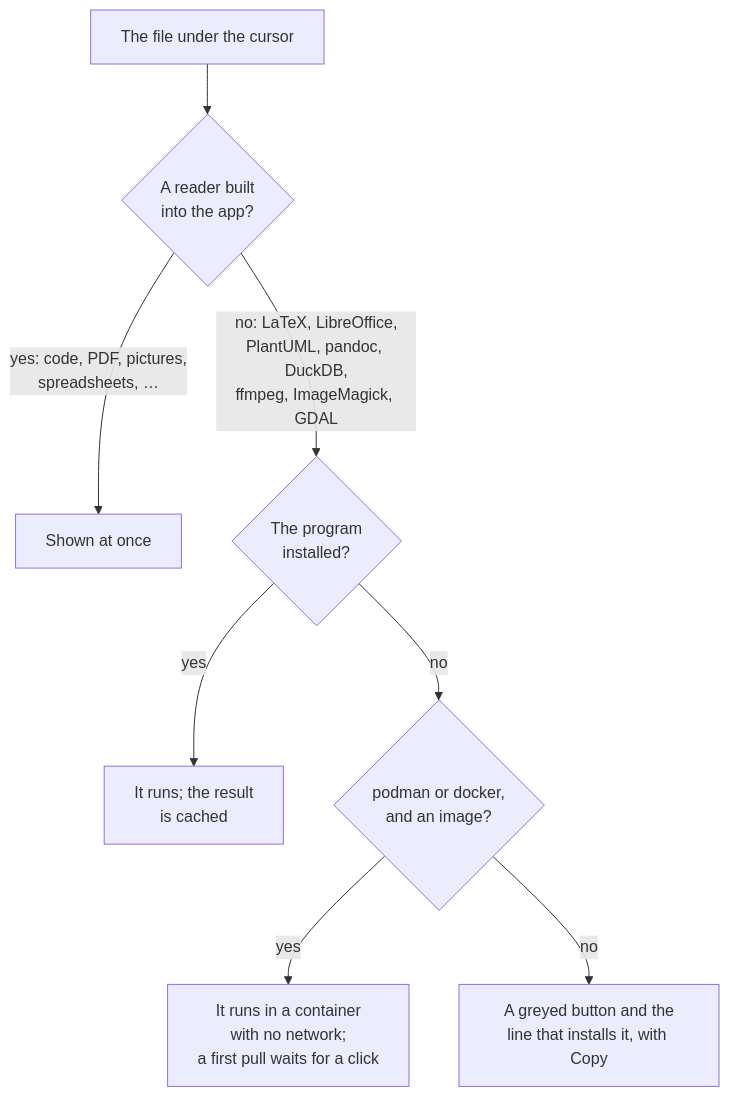
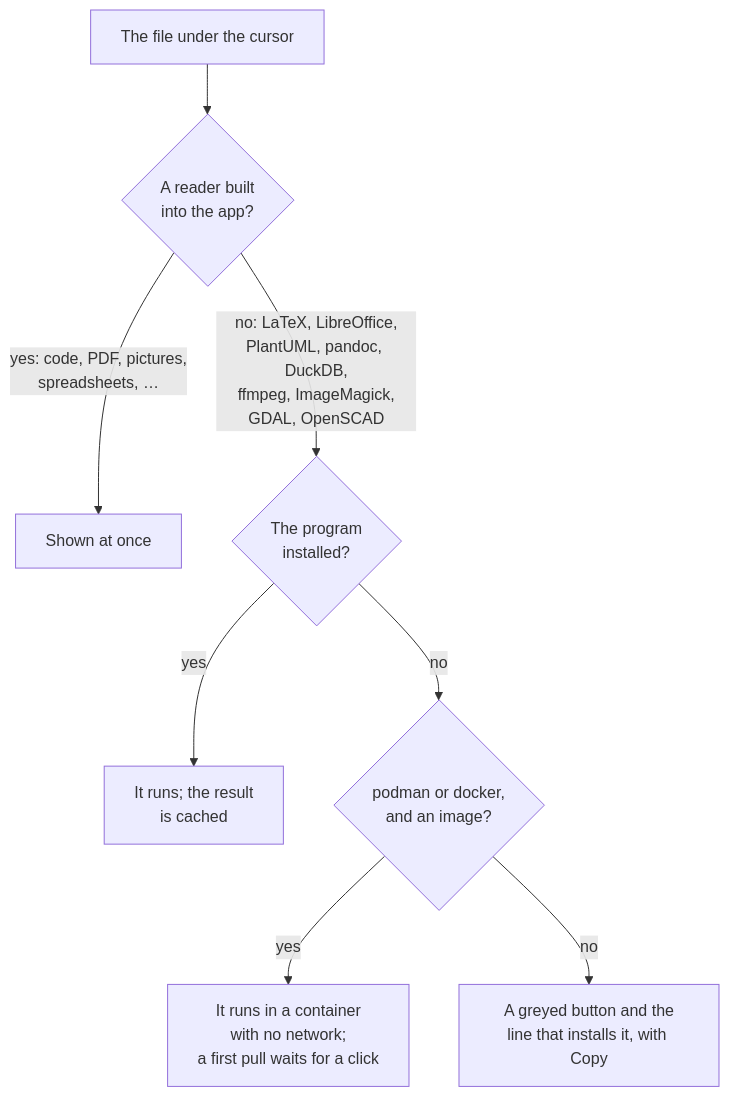
The diagram in docs/previews/README.md (mwo-dk/coxswain), drawn with Mermaid before and after one commit. The commit also changed other lines of this file and 69 other files, not shown here.

Commit message:
OpenSCAD models: a picture of the part in the preview and thumbnails, drawn from OpenSCAD's STL, and Export 3D model as STL or 3MF, by OpenSCAD installed or in its pinned image

````diff
--- a/docs/previews/README.md
+++ b/docs/previews/README.md
@@ -24,10 +24,10 @@
 ```mermaid
 flowchart TD
   file[The file under the cursor] --> own{A reader built<br/>into the app?}
   own -->|yes: code, PDF, pictures,<br/>spreadsheets, …| shown[Shown at once]
-  own -->|no: LaTeX, LibreOffice,<br/>PlantUML, pandoc, DuckDB,<br/>ffmpeg, ImageMagick, GDAL| tool{The program<br/>installed?}
+  own -->|no: LaTeX, LibreOffice,<br/>PlantUML, pandoc, DuckDB,<br/>ffmpeg, ImageMagick,<br/>GDAL, OpenSCAD| tool{The program<br/>installed?}
   tool -->|yes| run[It runs; the result<br/>is cached]
   tool -->|no| box{podman or docker,<br/>and an image?}
   box -->|yes| cont[It runs in a container<br/>with no network;<br/>a first pull waits for a click]
   box -->|no| none[A greyed button and the<br/>line that installs it, with Copy]
 ```
````
